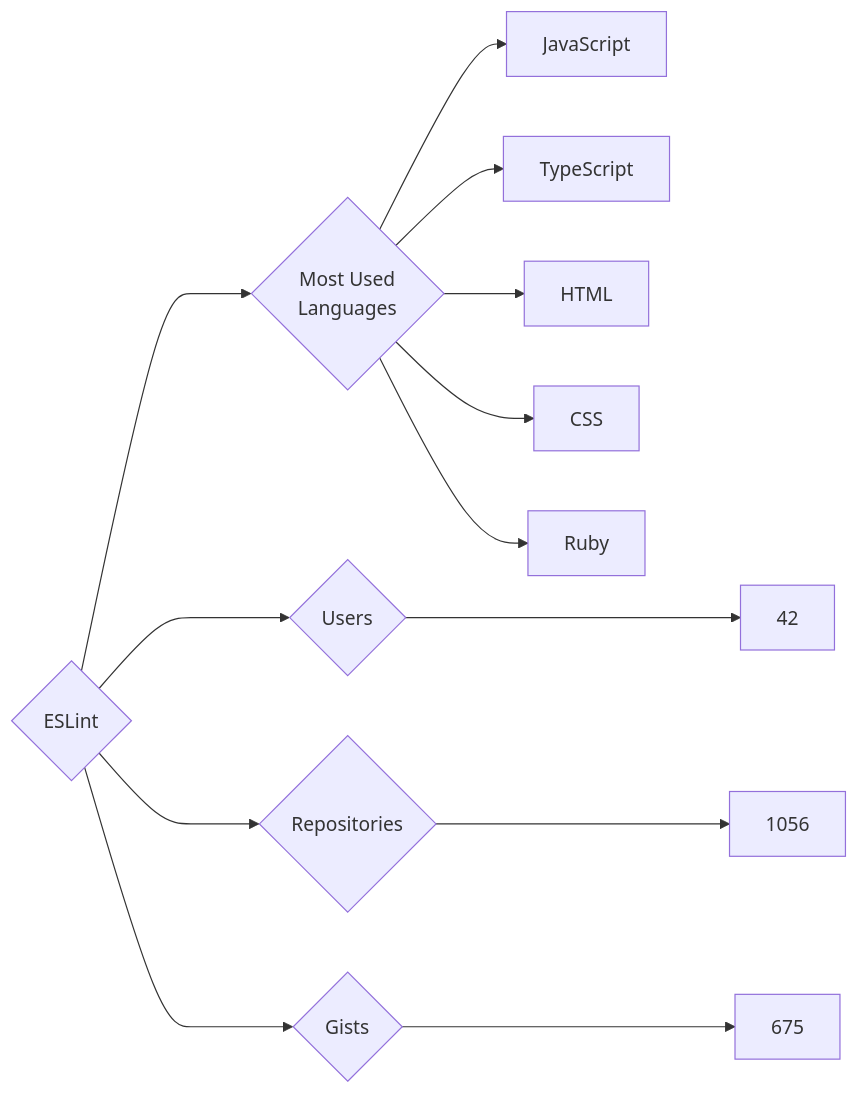
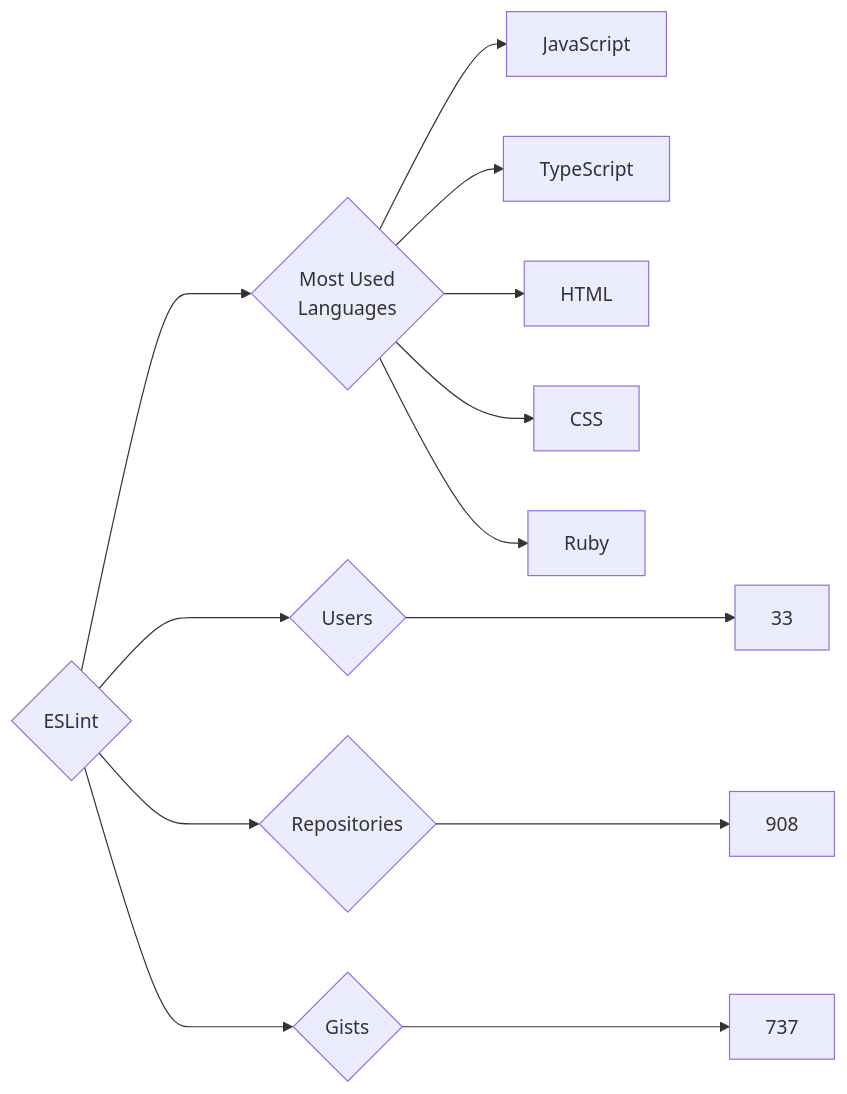
Before and after one commit to trickest/insiders: the diagram in targets/ESLint/README.md, drawn with Mermaid. The commit also changed 998 other files, not shown here.

````diff
--- a/targets/ESLint/README.md
+++ b/targets/ESLint/README.md
@@ -3,13 +3,13 @@
 ```mermaid
 graph LR
 COMPANY_NAME{ESLint}
-COMPANY_NAME ---> U{Users} ---> UN[42]
-COMPANY_NAME ---> R{Repositories} ---> RN[1056]
-COMPANY_NAME ---> G{Gists} ---> GN[675]
+COMPANY_NAME ---> U{Users} ---> UN[33]
+COMPANY_NAME ---> R{Repositories} ---> RN[908]
+COMPANY_NAME ---> G{Gists} ---> GN[737]
 COMPANY_NAME ---> ML{Most Used<br>Languages}
 ML --> JavaScript[JavaScript]
 ML --> TypeScript[TypeScript]
 ML --> HTML[HTML]
 ML --> CSS[CSS]
 ML --> Ruby[Ruby]
 ```
````
